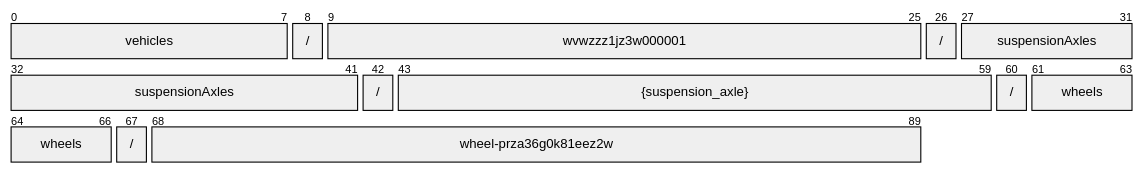
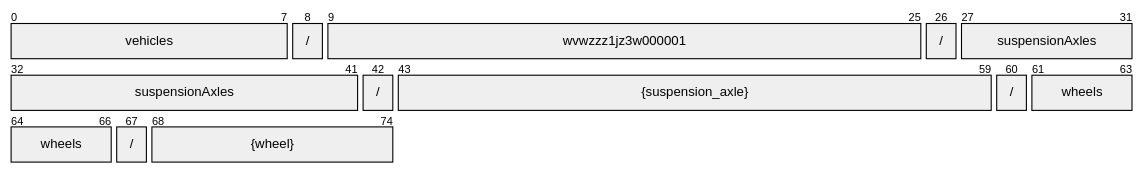
One commit to oh-tarnished/coversa-protobuf changed the third of 5 diagrams in protobuf/covesa/vss/motion/suspension_axle_wheel/README.md. Above: the diagram before and after it, drawn with Mermaid. The commit also changed other lines of this file and 40 other files, not shown here.

First line of the commit message:
feat: Introduce BrakeAxleWheel and ChassisAxleWheel schemas

````diff
--- a/protobuf/covesa/vss/motion/suspension_axle_wheel/README.md
+++ b/protobuf/covesa/vss/motion/suspension_axle_wheel/README.md
@@ -97,14 +97,14 @@
 ```mermaid
 packet
 0-7: "vehicles"
 8: "/"
 9-25: "wvwzzz1jz3w000001"
 26: "/"
 27-41: "suspensionAxles"
 42: "/"
 43-59: "{suspension_axle}"
 60: "/"
 61-66: "wheels"
 67: "/"
-68-89: "wheel-prza36g0k81eez2w"
+68-74: "{wheel}"
 ```
````
